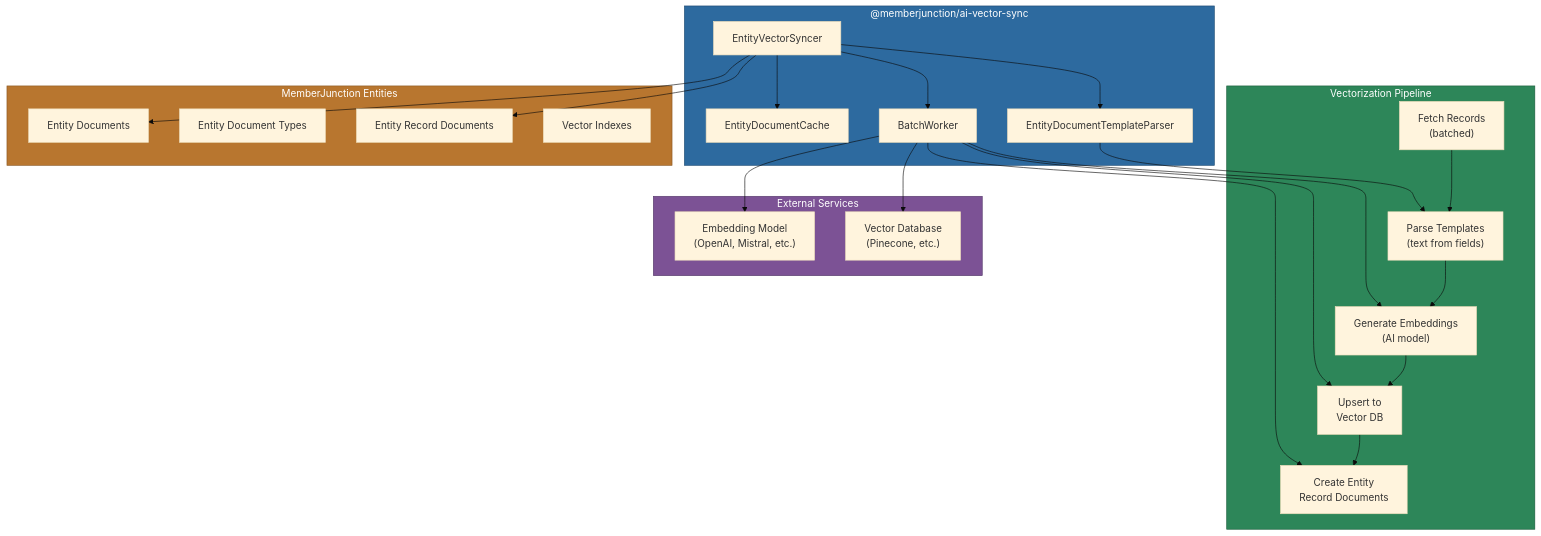
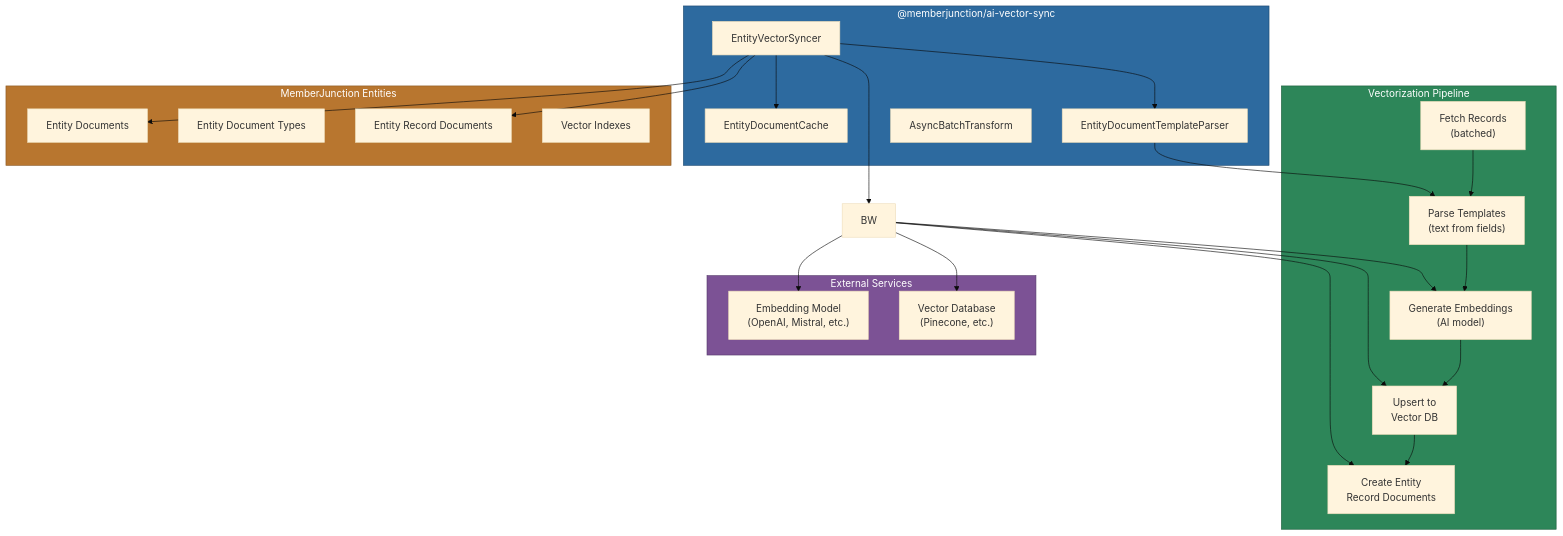
Before and after one commit to MemberJunction/MJ: the first of 4 diagrams in packages/AI/Vectors/Sync/README.md, drawn with Mermaid (base theme). The commit also changed other lines of this file and 252 other files, not shown here.

````diff
--- a/packages/AI/Vectors/Sync/README.md
+++ b/packages/AI/Vectors/Sync/README.md
@@ -7,45 +7,45 @@
 ```mermaid
 graph TD
     subgraph SyncPkg["@memberjunction/ai-vector-sync"]
         EVS["EntityVectorSyncer"]
         EDC["EntityDocumentCache"]
         EDTP["EntityDocumentTemplateParser"]
-        BW["BatchWorker"]
+        ABT["AsyncBatchTransform"]
     end
 
     subgraph Pipeline["Vectorization Pipeline"]
         FETCH["Fetch Records<br/>(batched)"] --> TEMPL["Parse Templates<br/>(text from fields)"]
         TEMPL --> EMBED["Generate Embeddings<br/>(AI model)"]
         EMBED --> UPSERT["Upsert to<br/>Vector DB"]
         UPSERT --> TRACK["Create Entity<br/>Record Documents"]
     end
 
     subgraph MJEntities["MemberJunction Entities"]
         ED["Entity Documents"]
         EDT["Entity Document Types"]
         ERD["Entity Record Documents"]
         VDI["Vector Indexes"]
     end
 
     subgraph External["External Services"]
         AI["Embedding Model<br/>(OpenAI, Mistral, etc.)"]
         VDB["Vector Database<br/>(Pinecone, etc.)"]
     end
 
     EVS --> EDC
     EVS --> EDTP
     EVS --> BW
     EDTP --> TEMPL
     BW --> EMBED
     BW --> UPSERT
     BW --> TRACK
     EVS --> ED
     EVS --> ERD
     BW --> AI
     BW --> VDB
 
     style SyncPkg fill:#2d6a9f,stroke:#1a4971,color:#fff
     style Pipeline fill:#2d8659,stroke:#1a5c3a,color:#fff
     style MJEntities fill:#b8762f,stroke:#8a5722,color:#fff
     style External fill:#7c5295,stroke:#563a6b,color:#fff
 ```
````
